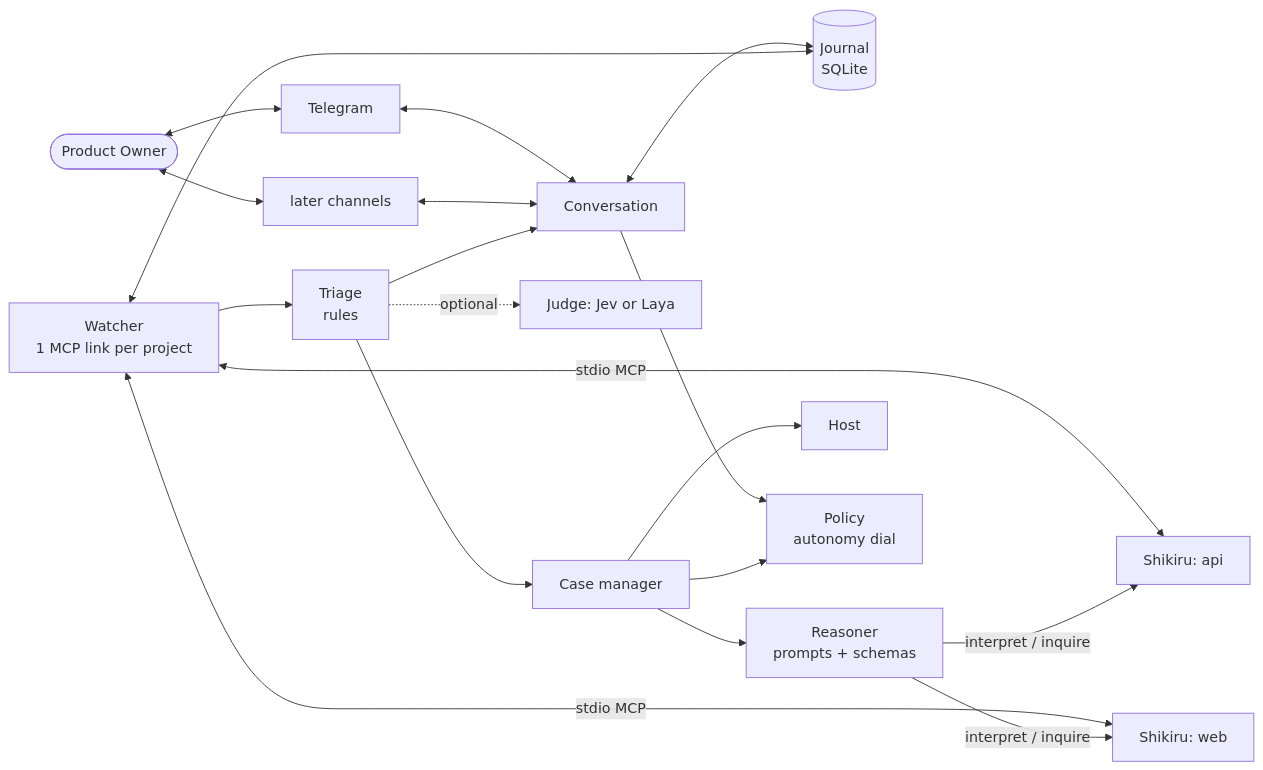
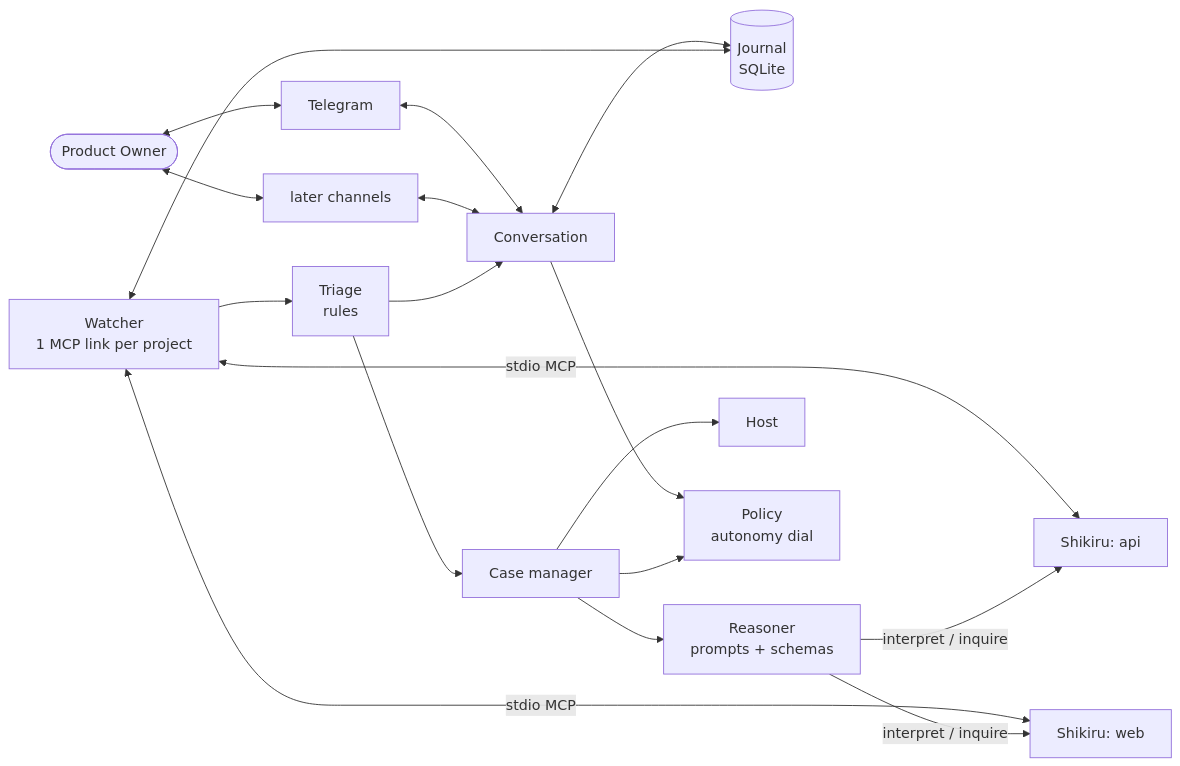
Before and after one commit to ferrum-code-dev/shikiri-yaku: the diagram in docs/design.md, drawn with Mermaid. The commit also changed other lines of this file and 2 other files, not shown here.

````diff
--- a/docs/design.md
+++ b/docs/design.md
@@ -28,17 +28,16 @@
 ```mermaid
 flowchart LR
   PO([Product Owner]) <--> TG[Telegram] & CH2[later channels]
   TG & CH2 <--> CN[Conversation]
   CN <--> J[(Journal<br/>SQLite)]
   W[Watcher<br/>1 MCP link per project] <--> J
   W <-->|stdio MCP| S1[Shikiru: api]
   W <-->|stdio MCP| S2[Shikiru: web]
   W --> T[Triage<br/>rules]
   T --> CN
   T --> C[Case manager]
   C --> R[Reasoner<br/>prompts + schemas]
   C --> H[Host]
   R -->|interpret / inquire| S1 & S2
-  T -.optional.-> JM[Judge: Jev or Laya]
   CN & C --> PL[Policy<br/>autonomy dial]
 ```
````
